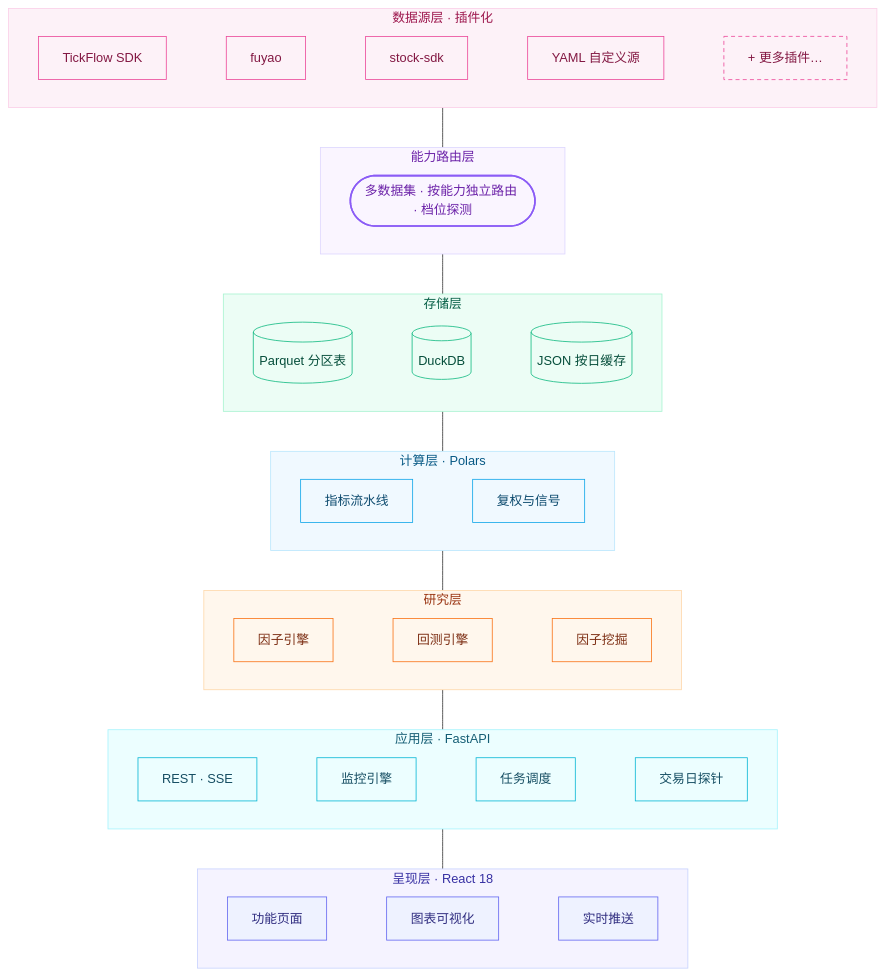
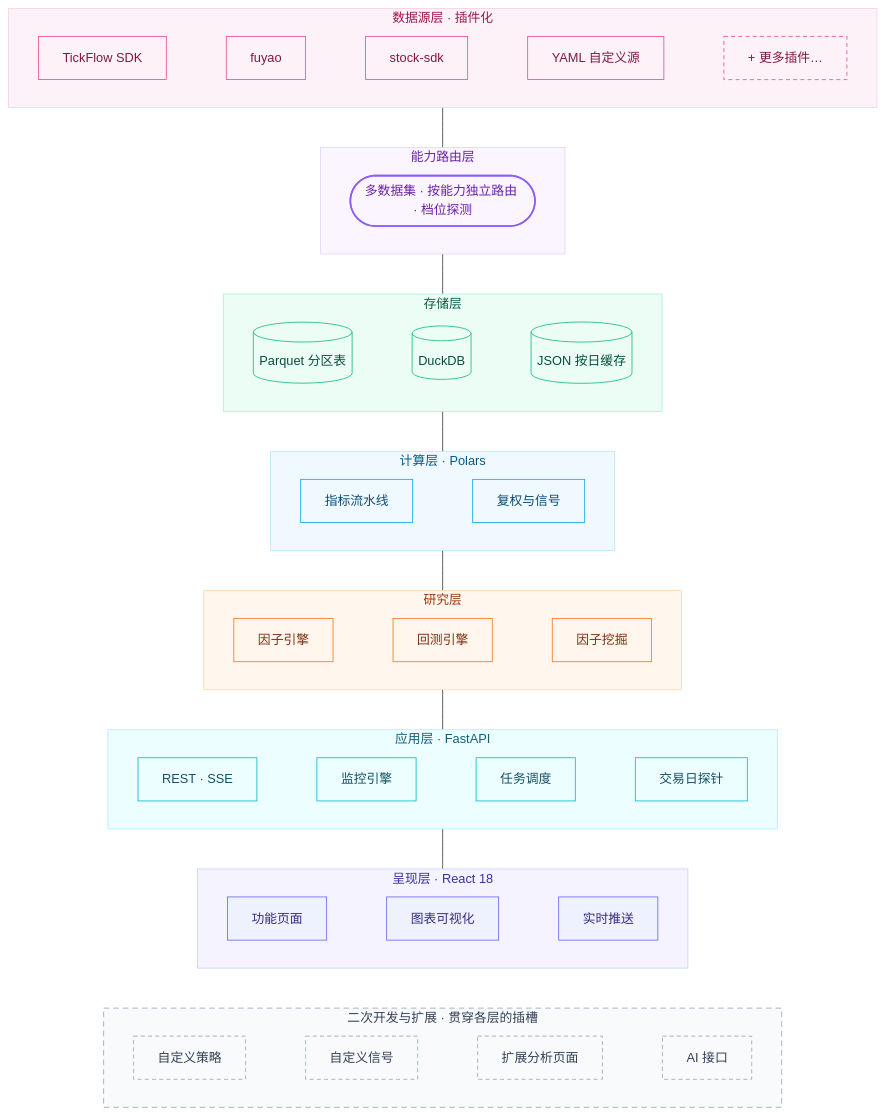
The diagram in README.md (kevin9327/tick-stock-panel), drawn with Mermaid before and after one commit.

Commit message:
docs(readme): 架构图增加二次开发与扩展插槽注记带
- 图底虚线边框带「二次开发与扩展 · 贯穿各层的插槽」:
  自定义策略 / 自定义信号 / 扩展分析页面 / AI 接口,
  与 docs/secondary-development.md 插槽清单对应
- 虚线边框表达可插拔注记而非流程环节; 隐形带级连线锚定
  图底 (dagre 对未连线子图会浮顶, 实测修复)
- 实测: 8 带, 扩展行 y=1183 位于呈现层(1028)之下, 735×1246

````diff
--- a/README.md
+++ b/README.md
@@ -148,70 +148,79 @@
 ```mermaid
 flowchart TB
     subgraph DATA["数据源层 · 插件化"]
         direction LR
         D1["TickFlow SDK"] ~~~ D2["fuyao"] ~~~ D3["stock-sdk"] ~~~ D4["YAML 自定义源"] ~~~ D5["+ 更多插件…"]
     end
 
     subgraph ROUTE["能力路由层"]
         direction LR
         R(["多数据集 · 按能力独立路由 · 档位探测"])
     end
 
     subgraph STORE["存储层"]
         direction LR
         ST1[("Parquet 分区表")] ~~~ ST2[("DuckDB")] ~~~ ST3[("JSON 按日缓存")]
     end
 
     subgraph CALC["计算层 · Polars"]
         direction LR
         C1["指标流水线"] ~~~ C2["复权与信号"]
     end
 
     subgraph RES["研究层"]
         direction LR
         G1["因子引擎"] ~~~ G2["回测引擎"] ~~~ G3["因子挖掘"]
     end
 
     subgraph SVC["应用层 · FastAPI"]
         direction LR
         S1["REST · SSE"] ~~~ S2["监控引擎"] ~~~ S3["任务调度"] ~~~ S4["交易日探针"]
     end
 
     subgraph FE["呈现层 · React 18"]
         direction LR
         F1["功能页面"] ~~~ F2["图表可视化"] ~~~ F3["实时推送"]
     end
 
+    subgraph EXT["二次开发与扩展 · 贯穿各层的插槽"]
+        direction LR
+        X1["自定义策略"] ~~~ X2["自定义信号"] ~~~ X3["扩展分析页面"] ~~~ X4["AI 接口"]
+    end
+
     DATA --- ROUTE
     ROUTE --- STORE
     STORE --- CALC
     CALC --- RES
     RES --- SVC
     SVC --- FE
+    FE ~~~ EXT
 
     classDef fe fill:#eef2ff,stroke:#6366f1,color:#312e81
     classDef svc fill:#ecfeff,stroke:#06b6d4,color:#164e63
     classDef res fill:#fff7ed,stroke:#f97316,color:#7c2d12
     classDef calc fill:#f0f9ff,stroke:#0ea5e9,color:#0c4a6e
     classDef store fill:#ecfdf5,stroke:#10b981,color:#064e3b
     classDef data fill:#fdf2f8,stroke:#ec4899,color:#831843
     classDef pluginSlot fill:#fdf2f8,stroke:#ec4899,color:#831843,stroke-dasharray:5 4
     classDef route fill:#faf5ff,stroke:#8b5cf6,color:#6b21a8,stroke-width:2px
+    classDef ext fill:#f8fafc,stroke:#94a3b8,color:#334155,stroke-dasharray:5 4
 
     class F1,F2,F3 fe
     class S1,S2,S3,S4 svc
     class G1,G2,G3 res
     class C1,C2 calc
     class ST1,ST2,ST3 store
     class D1,D2,D3,D4 data
     class D5 pluginSlot
     class R route
+    class X1,X2,X3,X4 ext
 
     style FE fill:#f5f3ff,stroke:#c7d2fe,color:#3730a3
     style SVC fill:#ecfeff,stroke:#a5f3fc,color:#155e75
     style RES fill:#fff7ed,stroke:#fed7aa,color:#9a3412
     style CALC fill:#f0f9ff,stroke:#bae6fd,color:#075985
     style STORE fill:#ecfdf5,stroke:#a7f3d0,color:#065f46
     style ROUTE fill:#faf5ff,stroke:#ddd6fe,color:#6b21a8
     style DATA fill:#fdf2f8,stroke:#fbcfe8,color:#9d174d
+    style EXT fill:#f8fafc,stroke:#94a3b8,color:#334155,stroke-dasharray:7 5
 ```
````
